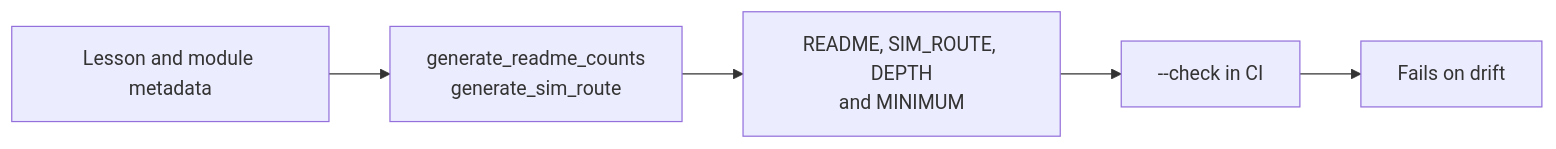
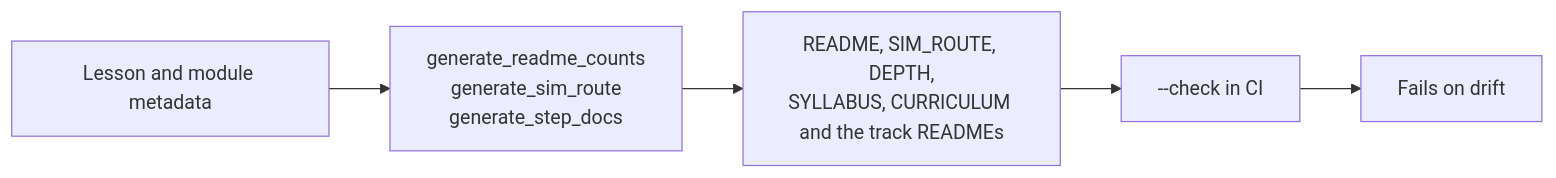
Before and after one commit to TLE47/Mechatronics-Roadmap: the diagram in docs/VERIFICATION.md, drawn with Mermaid. The commit also changed other lines of this file and 14 other files, not shown here.

First line of the commit message:
Cost the ten steps from the pages, in the syllabus and every track index

````diff
--- a/docs/VERIFICATION.md
+++ b/docs/VERIFICATION.md
@@ -13,4 +13,4 @@
 ```mermaid
 flowchart LR
-    Meta["Lesson and module metadata"] --> Gen["generate_readme_counts<br/>generate_sim_route"] --> Page["README, SIM_ROUTE, DEPTH<br/>and MINIMUM"] --> Check["--check in CI"] --> Fail["Fails on drift"]
+    Meta["Lesson and module metadata"] --> Gen["generate_readme_counts<br/>generate_sim_route<br/>generate_step_docs"] --> Page["README, SIM_ROUTE, DEPTH,<br/>SYLLABUS, CURRICULUM and the track READMEs"] --> Check["--check in CI"] --> Fail["Fails on drift"]
 ```
````
